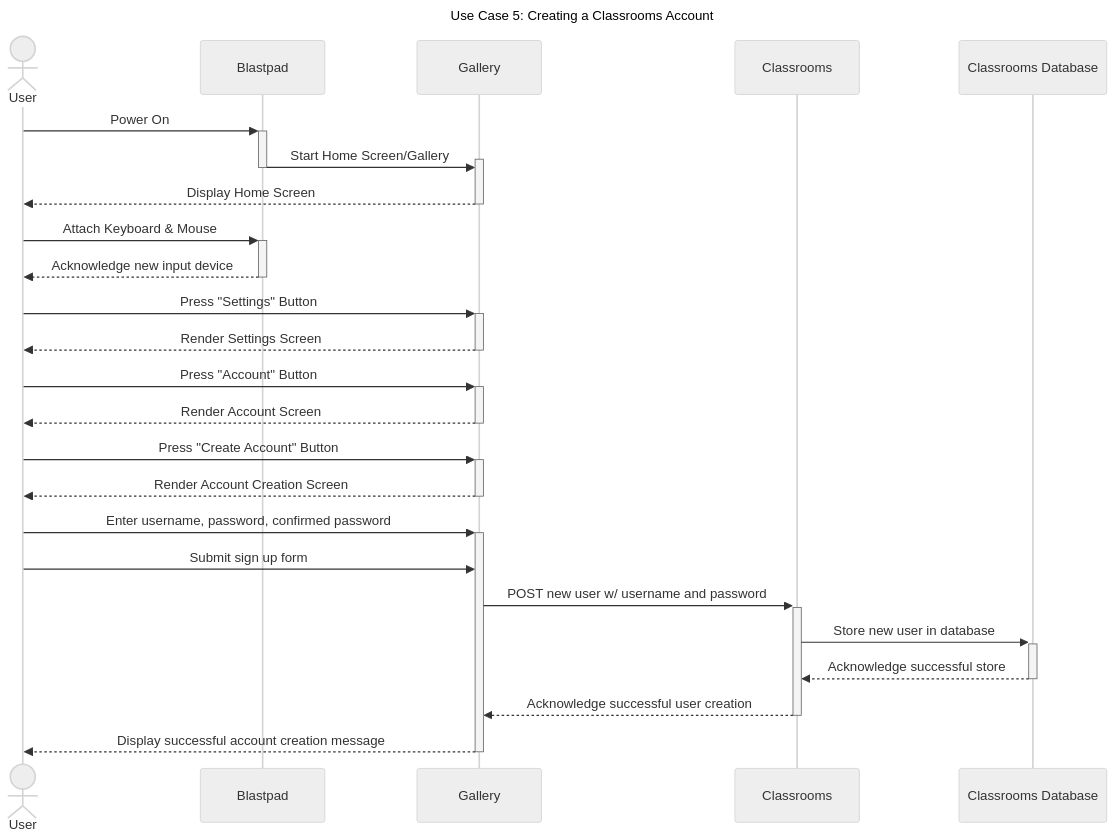
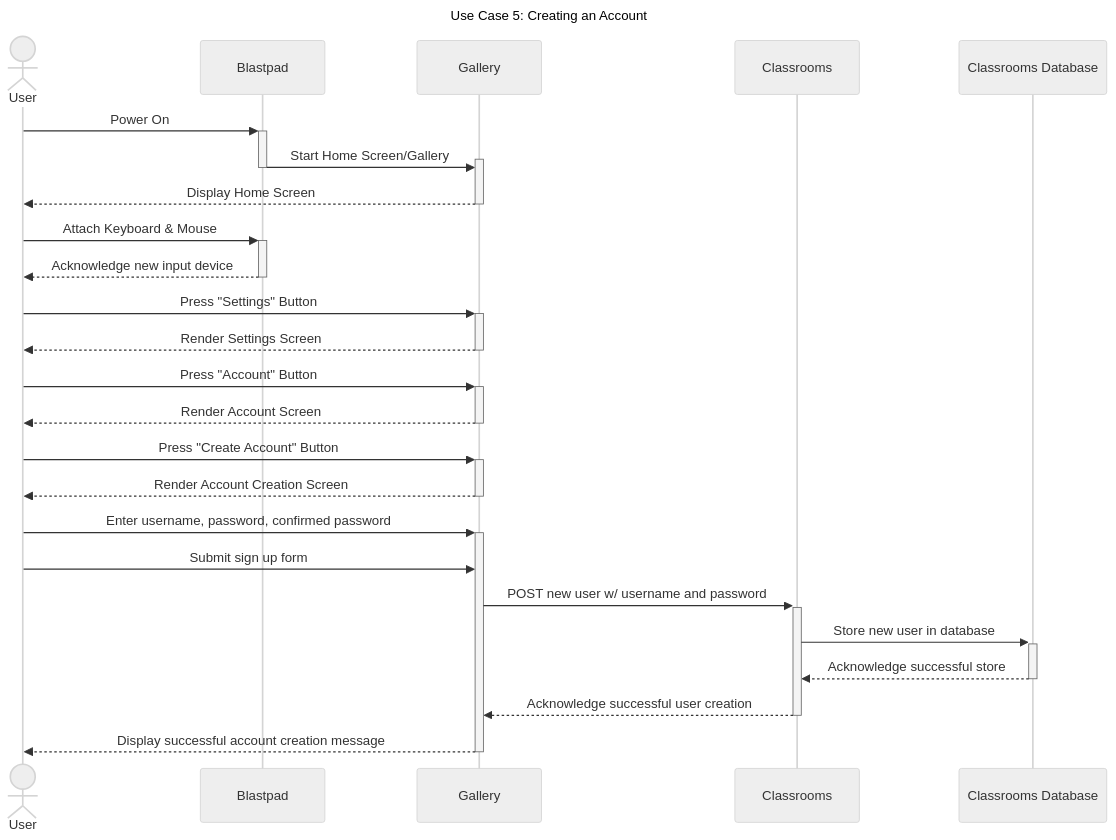
Before and after one commit to Capstone-Projects-2024-Spring/project-blastpad: the fifth of 11 diagrams in documentation/docs/requirements/use-case-descriptions.md, drawn with Mermaid (neutral theme).

Commit message:
Update use case 5 title

````diff
--- a/documentation/docs/requirements/use-case-descriptions.md
+++ b/documentation/docs/requirements/use-case-descriptions.md
@@ -174,34 +174,34 @@
 ```mermaid
 ---
-title: "Use Case 5: Creating a Classrooms Account"
+title: "Use Case 5: Creating an Account"
 ---
 sequenceDiagram
 	actor User
 	User->>+Blastpad: Power On
 	Blastpad->>+Gallery: Start Home Screen/Gallery
 	deactivate Blastpad	
 	Gallery-->>-User: Display Home Screen
 	
 	User->>+Blastpad: Attach Keyboard & Mouse
 	Blastpad-->>-User: Acknowledge new input device
 
 
 	User->>+Gallery: Press "Settings" Button
 	Gallery-->>-User: Render Settings Screen
 
 	User->>+Gallery: Press "Account" Button
 	Gallery-->>-User: Render Account Screen
 
 	User->>+Gallery: Press "Create Account" Button
 	Gallery-->>-User: Render Account Creation Screen
 
 
 	User->>+Gallery: Enter username, password, confirmed password
 	User->>Gallery: Submit sign up form
 	Gallery->>+Classrooms: POST new user w/ username and password
 	Classrooms->>+Classrooms Database: Store new user in database
 	Classrooms Database-->>- Classrooms: Acknowledge successful store
 	Classrooms-->>-Gallery: Acknowledge successful user creation
  
 	Gallery-->>-User: Display successful account creation message
 ```
````
